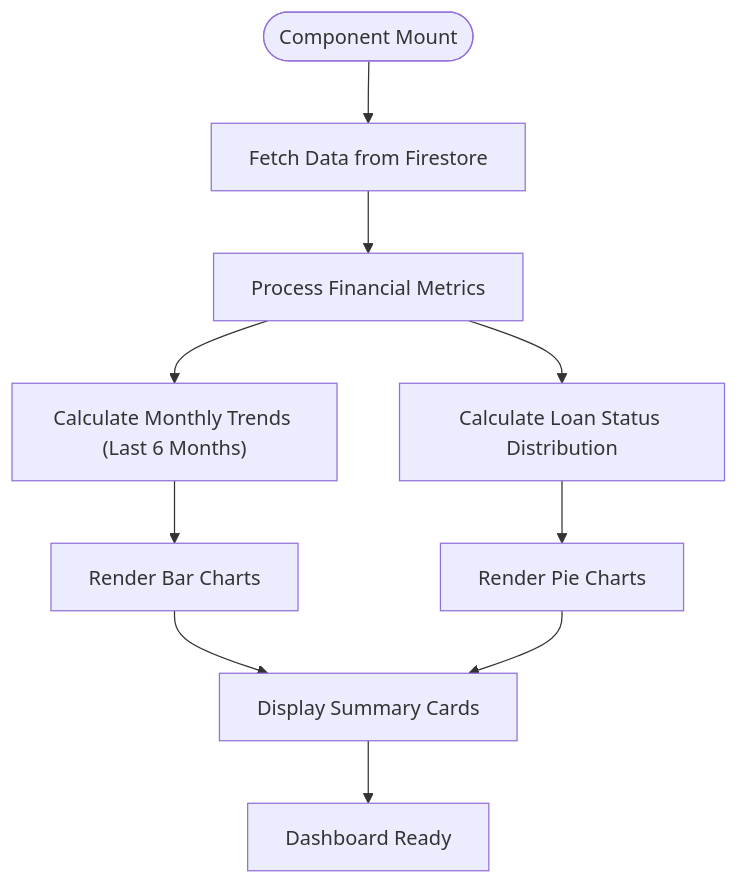
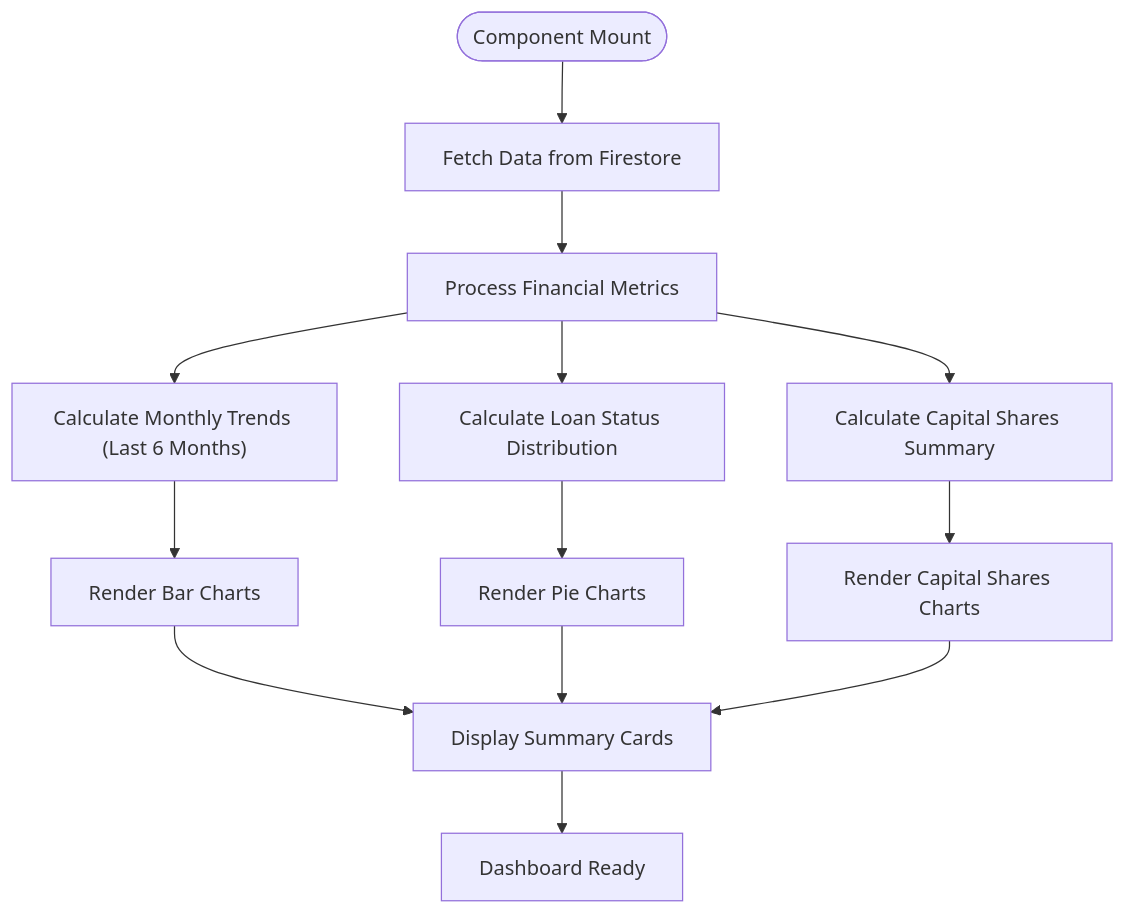
The fifth of 12 diagrams in .qoder/repowiki/en/content/Project Overview/Core Features & Functionality/Reporting & Analytics.md (Unsure-bry/sampacoop_system), drawn with Mermaid before and after one commit. The commit also changed other lines of this file and 5 other files, not shown here.

````diff
--- a/.qoder/repowiki/en/content/Project Overview/Core Features & Functionality/Reporting & Analytics.md
+++ b/.qoder/repowiki/en/content/Project Overview/Core Features & Functionality/Reporting & Analytics.md
@@ -291,12 +442,15 @@
 ```mermaid
 flowchart TD
 Start(["Component Mount"]) --> Load["Fetch Data from Firestore"]
 Load --> Process["Process Financial Metrics"]
 Process --> Monthly["Calculate Monthly Trends (Last 6 Months)"]
 Process --> Status["Calculate Loan Status Distribution"]
+Process --> CapitalShares["Calculate Capital Shares Summary"]
 Monthly --> Charts["Render Bar Charts"]
 Status --> Pie["Render Pie Charts"]
+CapitalShares --> CapitalCharts["Render Capital Shares Charts"]
 Charts --> Summary["Display Summary Cards"]
 Pie --> Summary
+CapitalCharts --> Summary
 Summary --> Ready["Dashboard Ready"]
 ```
````
